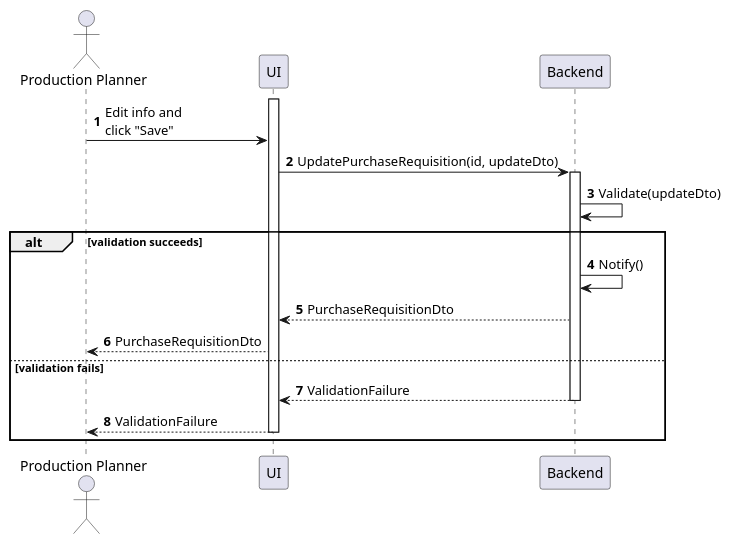
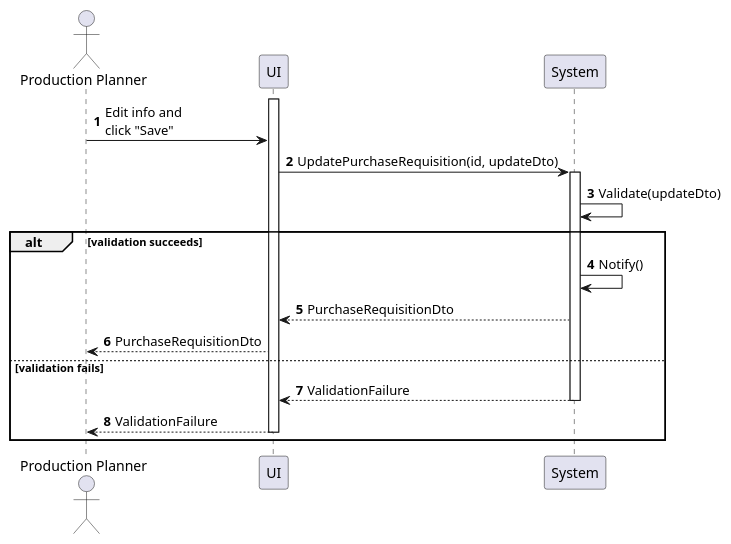
The diagram in sequences/purchase-requisition-update.plantuml (phihungha/scmss-reqs), drawn with PlantUML before and after one commit. The commit also changed 71 other files, not shown here.

```diff
--- a/sequences/purchase-requisition-update.plantuml
+++ b/sequences/purchase-requisition-update.plantuml
@@ -1,23 +1,23 @@
 @startuml purchase-requisition-update
 autonumber
 
 actor "Production Planner" as a
 participant UI as f
-participant Backend as b
+participant System as b
 
 activate f
 a -> f : Edit info and\nclick "Save"
 f -> b : UpdatePurchaseRequisition(id, updateDto)
 activate b
 b -> b : Validate(updateDto)
 
 alt validation succeeds
     b -> b : Notify()
     b --> f : PurchaseRequisitionDto
     f --> a : PurchaseRequisitionDto
 else validation fails
     return ValidationFailure
     f --> a : ValidationFailure
     deactivate f
 end
 @enduml
```
